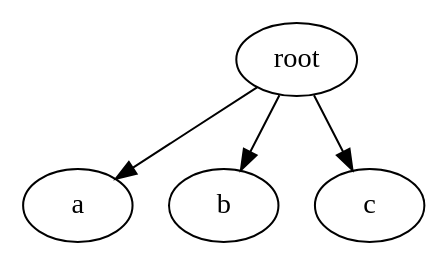
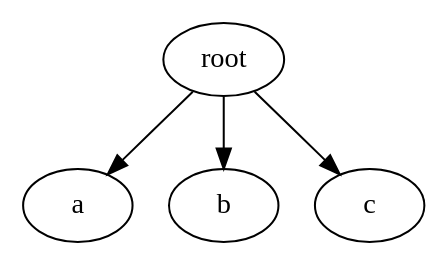
Before and after one commit to sisyphus1212/note: diagram 15 of 15 in other/graphviz/tips.md, drawn with Graphviz.

Commit message:
auto_update

````diff
--- a/other/graphviz/tips.md
+++ b/other/graphviz/tips.md
@@ -304,7 +304,7 @@
 ```graphviz
 digraph {
-  root -> a [weight=2]
-  root -> b
+  root -> a
+  root -> b [weight=210]
   root -> c [weight=3]
 }
 ```
````
